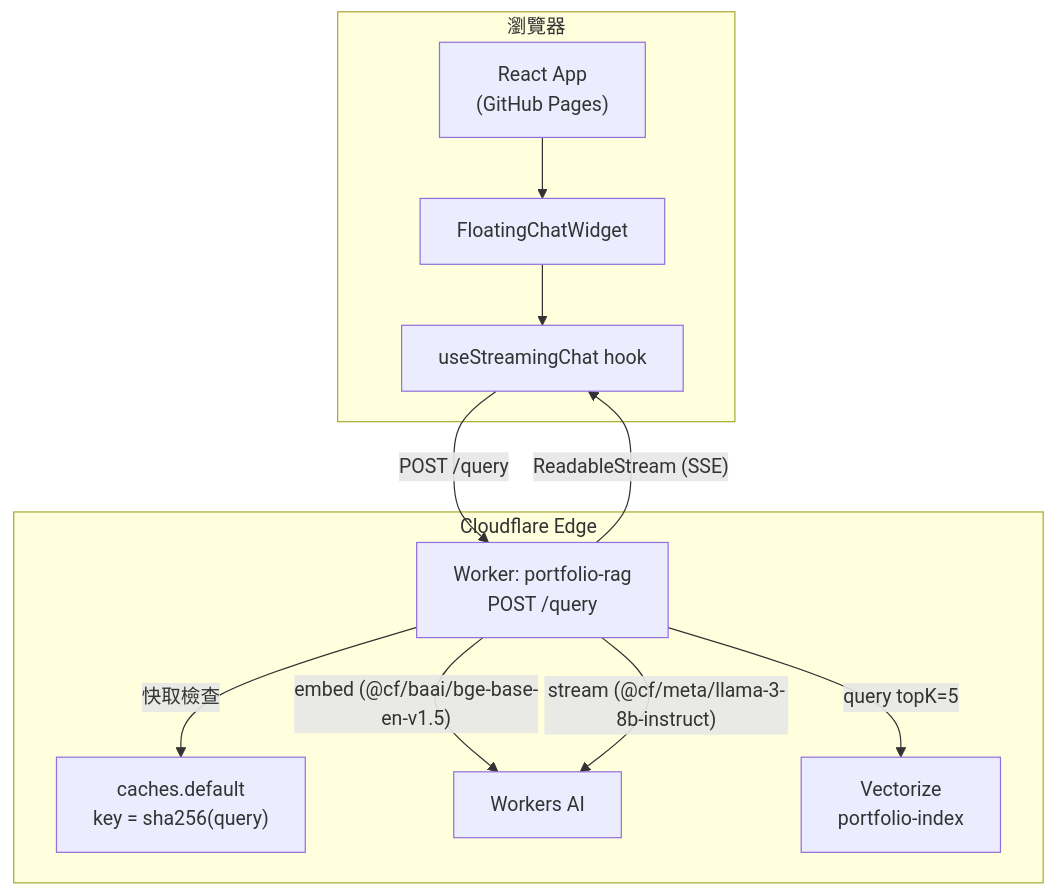
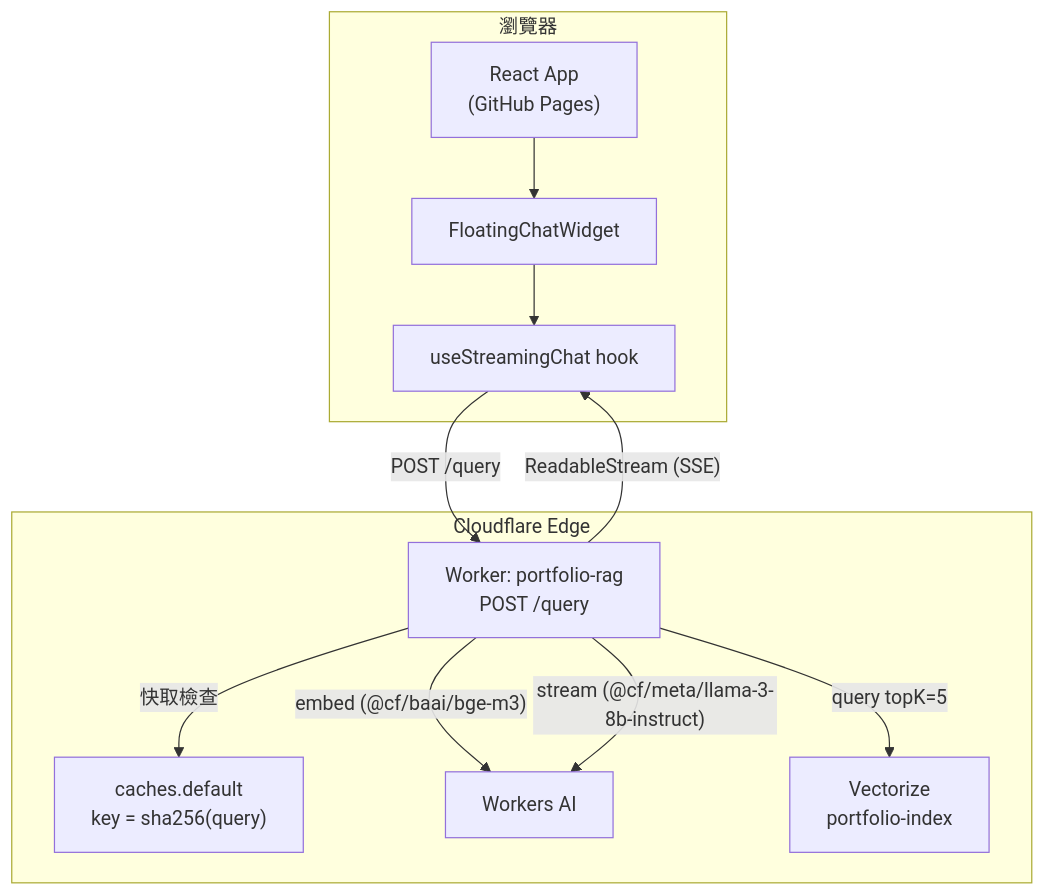
Before and after one commit to a920604a/self-reusme-website: the first of 7 diagrams in docs/architecture.md, drawn with Mermaid. The commit also changed other lines of this file and 4 other files, not shown here.

````diff
--- a/docs/architecture.md
+++ b/docs/architecture.md
@@ -7,24 +7,24 @@
 ```mermaid
 graph TB
     subgraph Browser["瀏覽器"]
         UI["React App\n(GitHub Pages)"]
         Widget["FloatingChatWidget"]
         Hook["useStreamingChat hook"]
         UI --> Widget --> Hook
     end
 
     subgraph CF["Cloudflare Edge"]
         Worker["Worker: portfolio-rag\nPOST /query"]
         Cache["caches.default\nkey = sha256(query)"]
         AI["Workers AI"]
         VZ["Vectorize\nportfolio-index"]
 
         Worker -- "快取檢查" --> Cache
-        Worker -- "embed (@cf/baai/bge-base-en-v1.5)" --> AI
+        Worker -- "embed (@cf/baai/bge-m3)" --> AI
         Worker -- "query topK=5" --> VZ
         Worker -- "stream (@cf/meta/llama-3-8b-instruct)" --> AI
     end
 
     Hook -- "POST /query" --> Worker
     Worker -- "ReadableStream (SSE)" --> Hook
 ```
````
